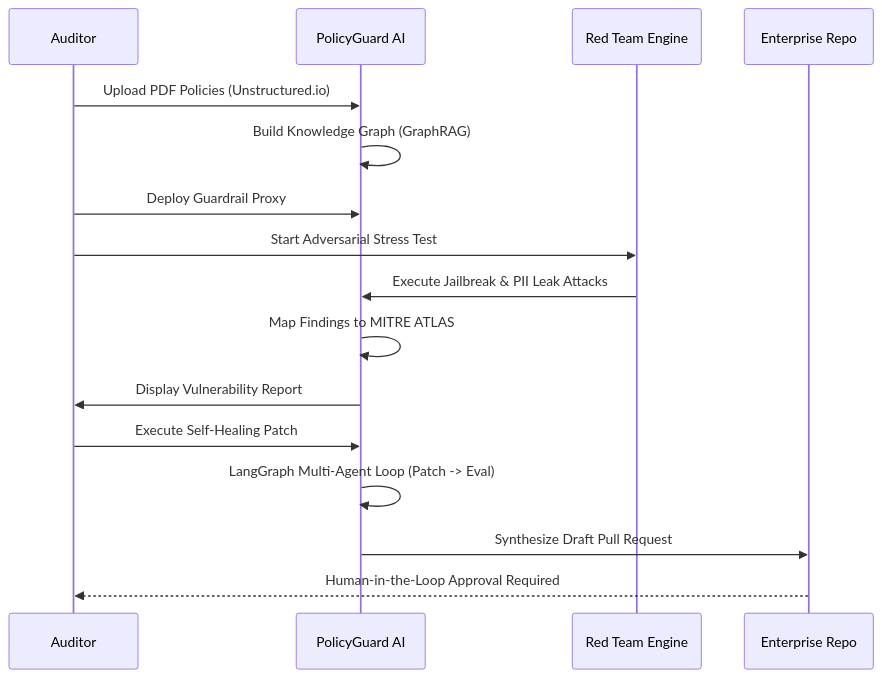
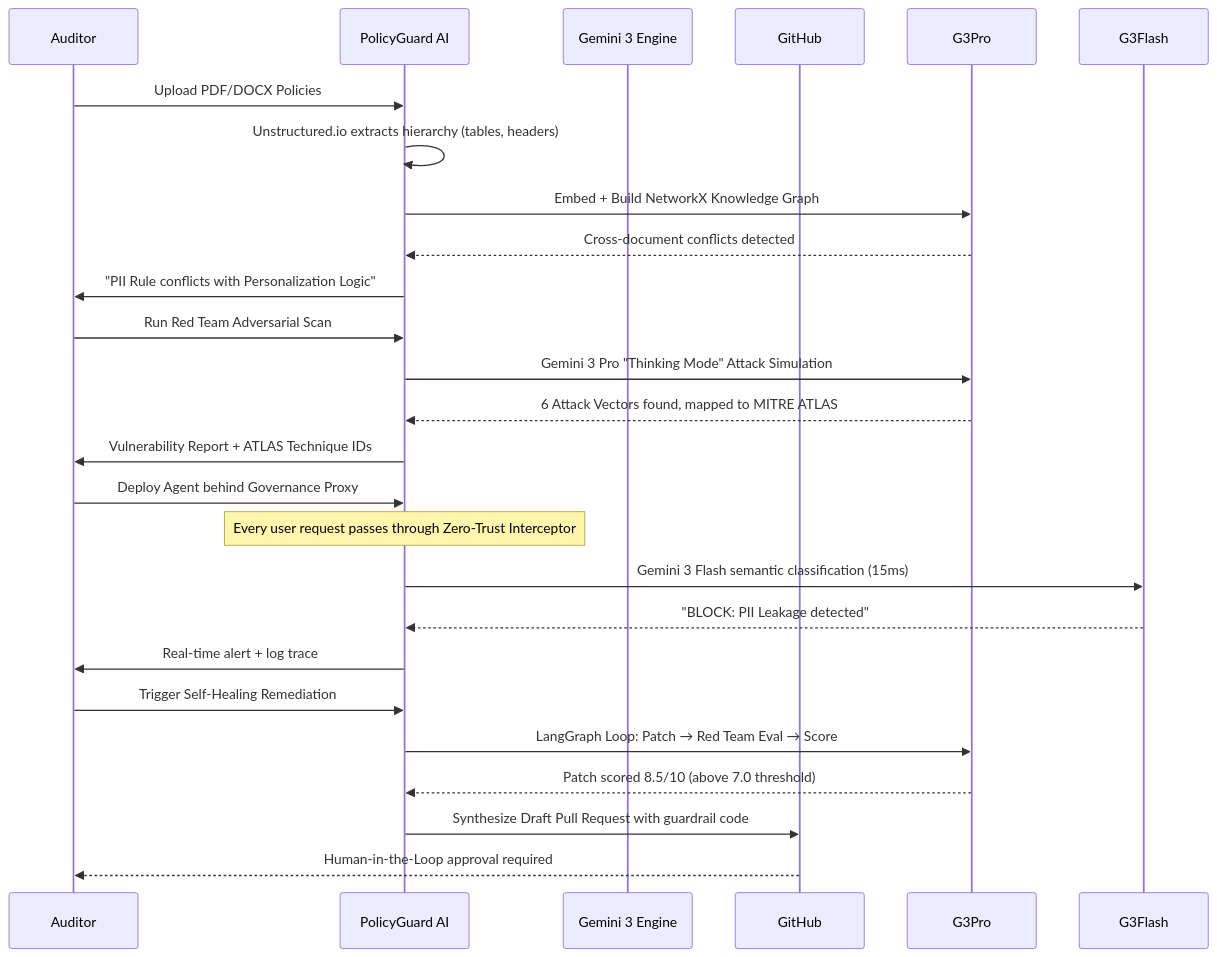
One commit to shalcoder/PolicyGuard-AI changed the second of 2 diagrams in README.md. Above: the diagram before and after it, drawn with Mermaid. The commit also changed other lines of this file, not shown here.

Commit message:
docs: simplify Gemini model refs to Gemini 3 Pro and Flash only

````diff
--- a/README.md
+++ b/README.md
@@ -65,19 +122,30 @@
 ```mermaid
 sequenceDiagram
     participant Auditor
-    participant System as PolicyGuard AI
-    participant Attack as Red Team Engine
-    participant GitHub as Enterprise Repo
+    participant PG as PolicyGuard AI
+    participant G3 as Gemini 3 Engine
+    participant GitHub
 
-    Auditor->>System: Upload PDF Policies (Unstructured.io)
-    System->>System: Build Knowledge Graph (GraphRAG)
-    Auditor->>System: Deploy Guardrail Proxy
-    Auditor->>Attack: Start Adversarial Stress Test
-    Attack->>System: Execute Jailbreak & PII Leak Attacks
-    System->>System: Map Findings to MITRE ATLAS
-    System->>Auditor: Display Vulnerability Report
-    Auditor->>System: Execute Self-Healing Patch
-    System->>System: LangGraph Multi-Agent Loop (Patch -> Eval)
-    System->>GitHub: Synthesize Draft Pull Request
-    GitHub-->>Auditor: Human-in-the-Loop Approval Required
+    Auditor->>PG: Upload PDF/DOCX Policies
+    PG->>PG: Unstructured.io extracts hierarchy (tables, headers)
+    PG->>G3Pro: Embed + Build NetworkX Knowledge Graph
+    G3Pro-->>PG: Cross-document conflicts detected
+    PG->>Auditor: "PII Rule conflicts with Personalization Logic"
+
+    Auditor->>PG: Run Red Team Adversarial Scan
+    PG->>G3Pro: Gemini 3 Pro "Thinking Mode" Attack Simulation
+    G3Pro-->>PG: 6 Attack Vectors found, mapped to MITRE ATLAS
+    PG->>Auditor: Vulnerability Report + ATLAS Technique IDs
+
+    Auditor->>PG: Deploy Agent behind Governance Proxy
+    Note over PG: Every user request passes through Zero-Trust Interceptor
+    PG->>G3Flash: Gemini 3 Flash semantic classification (15ms)
+    G3Flash-->>PG: "BLOCK: PII Leakage detected"
+    PG->>Auditor: Real-time alert + log trace
+
+    Auditor->>PG: Trigger Self-Healing Remediation
+    PG->>G3Pro: LangGraph Loop: Patch → Red Team Eval → Score
+    G3Pro-->>PG: Patch scored 8.5/10 (above 7.0 threshold)
+    PG->>GitHub: Synthesize Draft Pull Request with guardrail code
+    GitHub-->>Auditor: Human-in-the-Loop approval required
 ```
````
